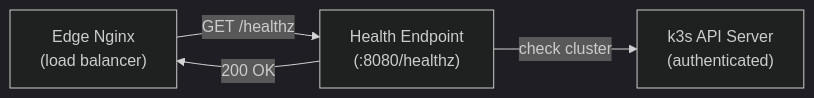
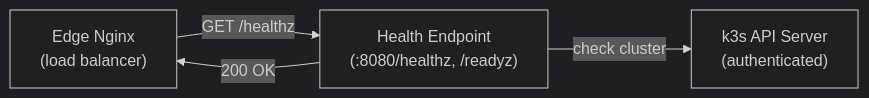
Before and after one commit to ClementV78/CloudRadar: the fourth of 7 diagrams in docs/architecture/application-architecture.md, drawn with Mermaid (dark theme). The commit also changed other lines of this file and 5 other files, not shown here.

First line of the commit message:
fix(k8s): add readyz probes for healthz

````diff
--- a/docs/architecture/application-architecture.md
+++ b/docs/architecture/application-architecture.md
@@ -265,10 +265,10 @@
 ```mermaid
 flowchart LR
     Client["Edge Nginx<br/>(load balancer)"]
-    HealthApp["Health Endpoint<br/>(:8080/healthz)"]
+    HealthApp["Health Endpoint<br/>(:8080/healthz, /readyz)"]
     K8sAPI["k3s API Server<br/>(authenticated)"]
     
     Client -->|GET /healthz| HealthApp
     HealthApp -->|check cluster| K8sAPI
     HealthApp -->|200 OK| Client
 ```
````
